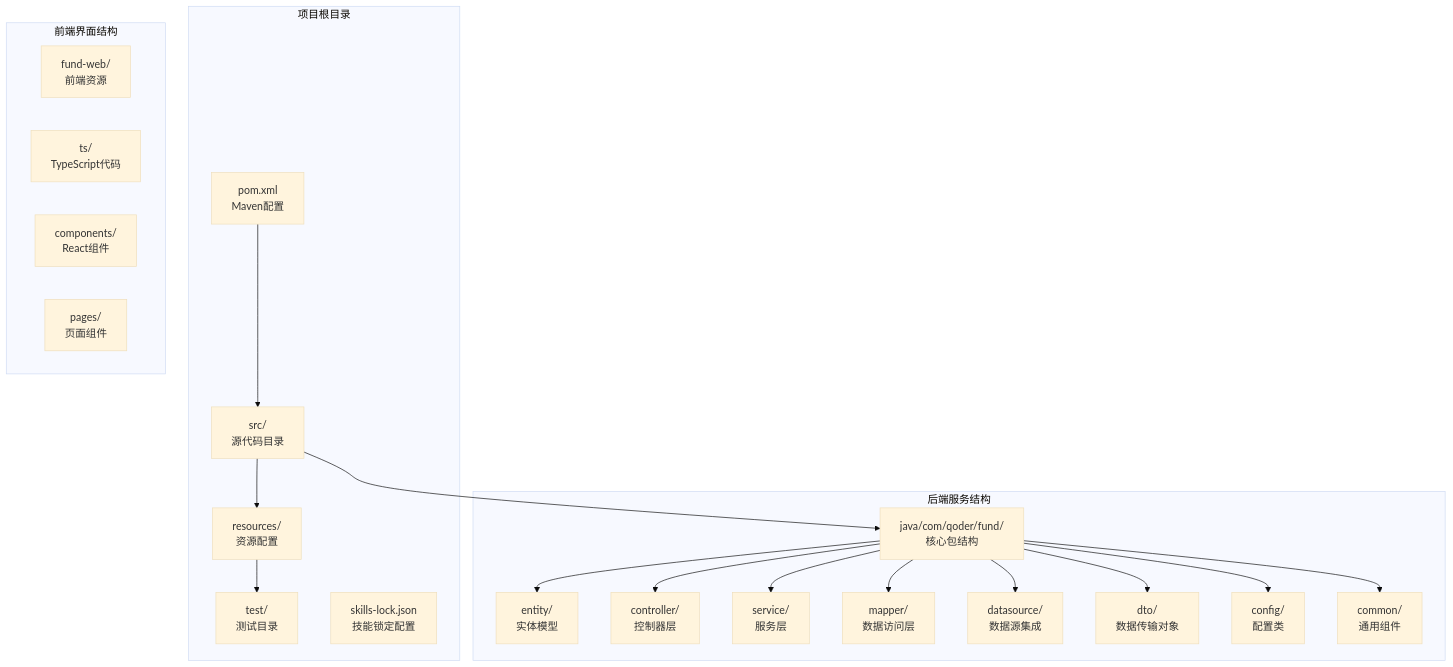
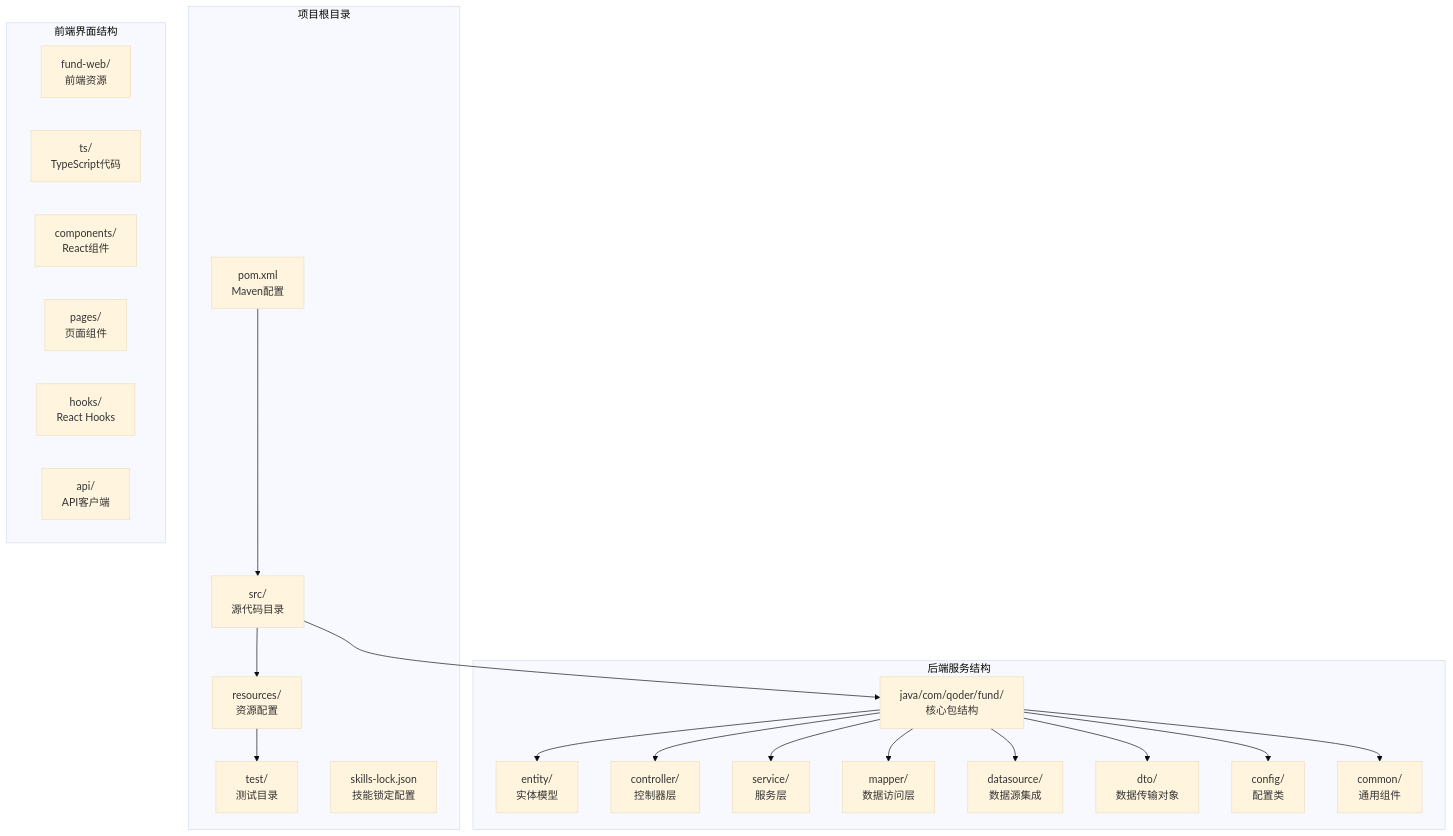
The first of 16 diagrams in .qoder/repowiki/zh/content/核心功能开发/核心功能开发.md (gree-coder/fund-butler), drawn with Mermaid (base theme) before and after one commit. The commit also changed other lines of this file and 23 other files, not shown here.

````diff
--- a/.qoder/repowiki/zh/content/核心功能开发/核心功能开发.md
+++ b/.qoder/repowiki/zh/content/核心功能开发/核心功能开发.md
@@ -67,39 +86,41 @@
 ```mermaid
 graph TB
 subgraph "项目根目录"
 POM[pom.xml<br/>Maven配置]
 SRC[src/<br/>源代码目录]
 RES[resources/<br/>资源配置]
 TEST[test/<br/>测试目录]
 SKILLS[skills-lock.json<br/>技能锁定配置]
 end
 subgraph "后端服务结构"
 JAVA[java/com/qoder/fund/<br/>核心包结构]
 ENTITY[entity/<br/>实体模型]
 CONTROLLER[controller/<br/>控制器层]
 SERVICE[service/<br/>服务层]
 MAPPER[mapper/<br/>数据访问层]
 DATASOURCE[datasource/<br/>数据源集成]
 DTO[dto/<br/>数据传输对象]
 CONFIG[config/<br/>配置类]
 COMMON[common/<br/>通用组件]
 end
 subgraph "前端界面结构"
 WEB[fund-web/<br/>前端资源]
 TS[ts/<br/>TypeScript代码]
 COMPONENTS[components/<br/>React组件]
 PAGES[pages/<br/>页面组件]
+HOOKS[hooks/<br/>React Hooks]
+API[api/<br/>API客户端]
 end
 POM --> SRC
 SRC --> JAVA
 SRC --> RES
 JAVA --> ENTITY
 JAVA --> CONTROLLER
 JAVA --> SERVICE
 JAVA --> MAPPER
 JAVA --> DATASOURCE
 JAVA --> DTO
 JAVA --> CONFIG
 JAVA --> COMMON
 RES --> TEST
 ```
````
